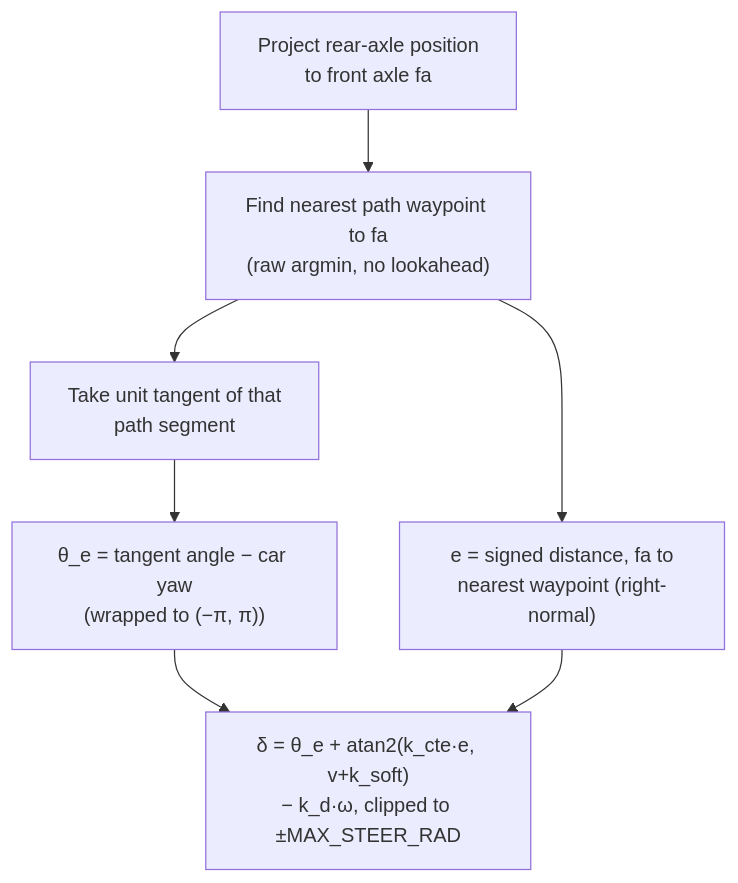
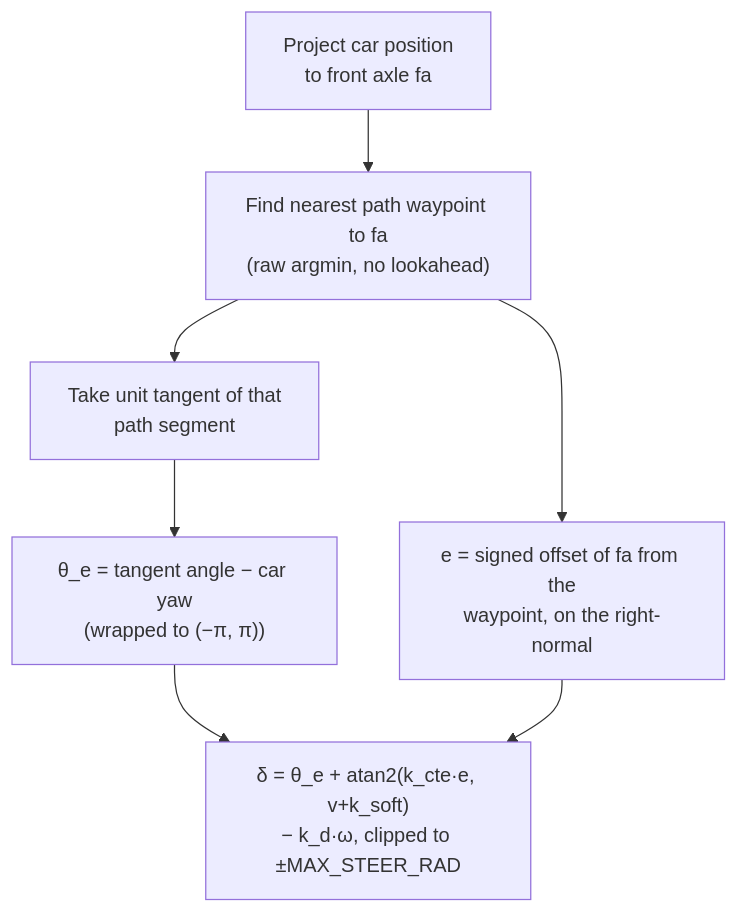
Before and after one commit to Martin-Jin/fsae_MPCTest: the diagram in docs/controllers/stanley.md, drawn with Mermaid. The commit also changed other lines of this file and 30 other files, not shown here.

````diff
--- a/docs/controllers/stanley.md
+++ b/docs/controllers/stanley.md
@@ -48,11 +43,11 @@
 ```mermaid
 flowchart TD
-    A["Project rear-axle position<br/>to front axle fa"]
+    A["Project car position<br/>to front axle fa"]
     B["Find nearest path waypoint to fa<br/>(raw argmin, no lookahead)"]
     C["Take unit tangent of that<br/>path segment"]
     D["θ_e = tangent angle − car yaw<br/>(wrapped to (−π, π))"]
-    E["e = signed distance, fa to<br/>nearest waypoint (right-normal)"]
+    E["e = signed offset of fa from the<br/>waypoint, on the right-normal"]
     F["δ = θ_e + atan2(k_cte·e, v+k_soft)<br/>− k_d·ω, clipped to ±MAX_STEER_RAD"]
     A --> B --> C --> D --> F
     B --> E --> F
 ```
````
